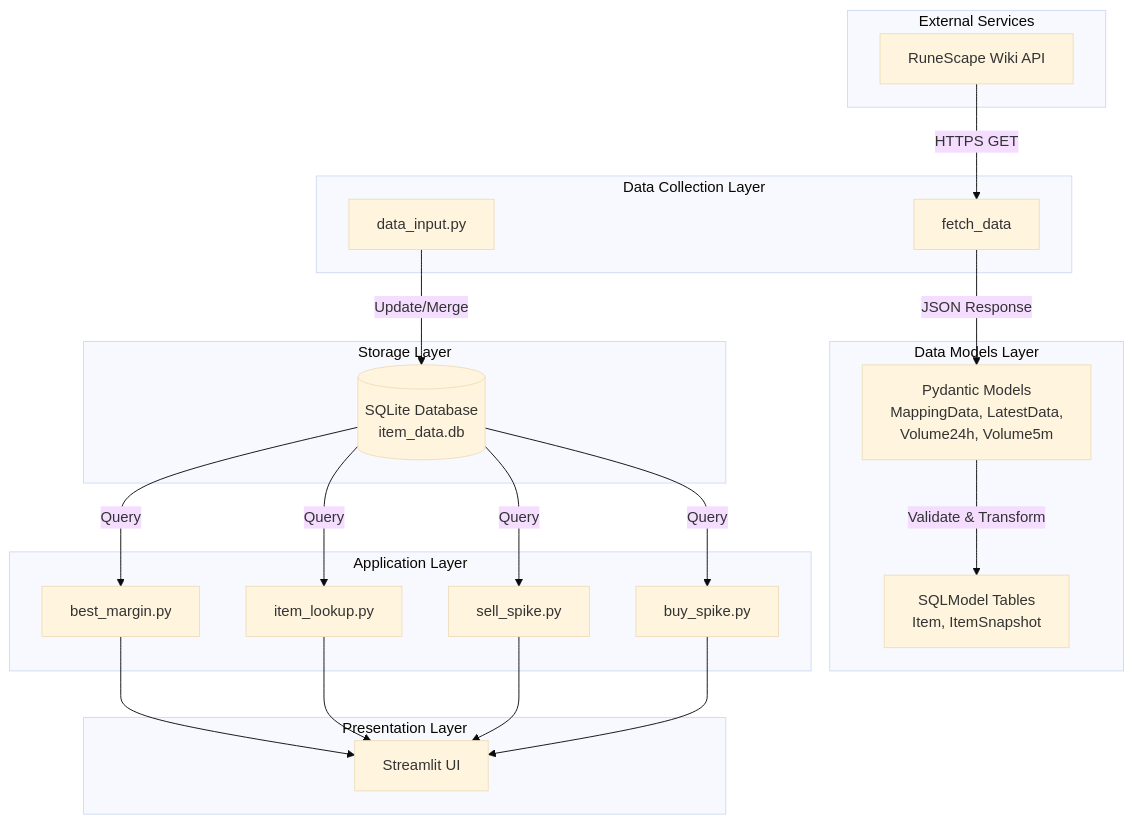
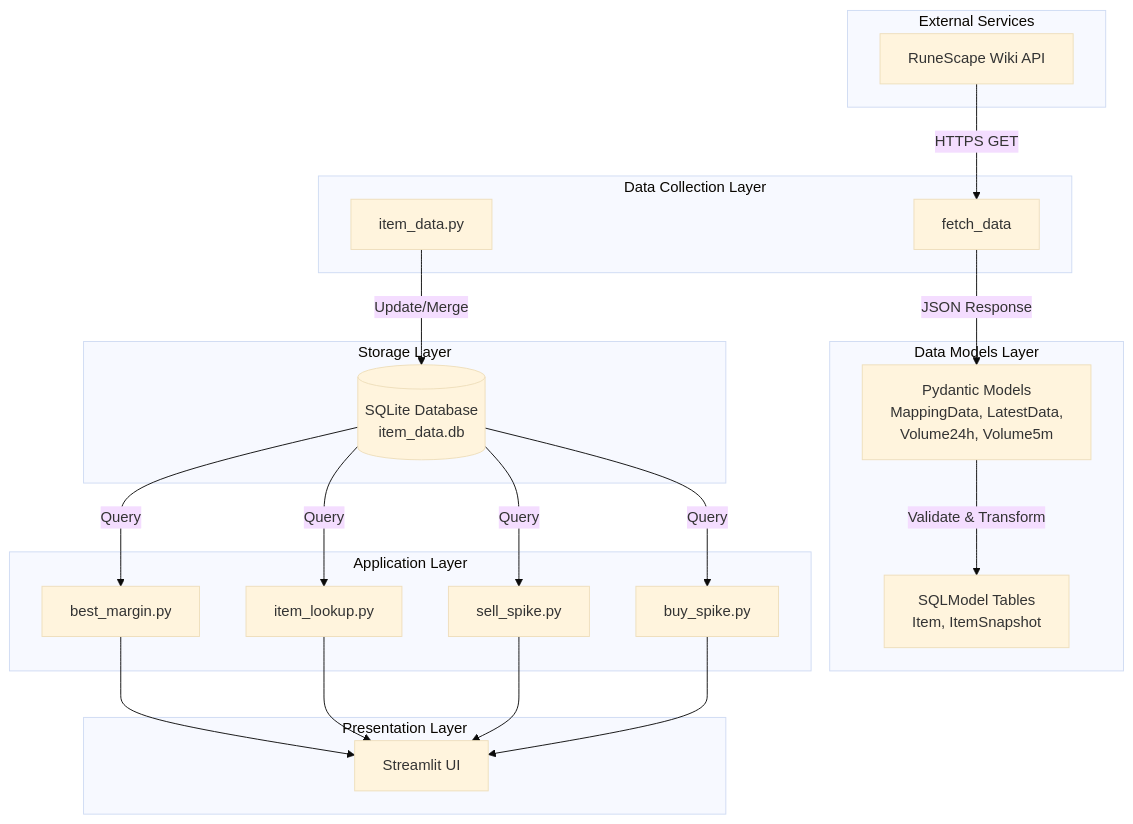
One commit to fisherrjd/osrs_ge changed the first of 3 diagrams in .sop/summary/architecture.md. Above: the diagram before and after it, drawn with Mermaid (base theme). The commit also changed other lines of this file and 34 other files, not shown here.

Commit message:
migrate aggregator -> backend and data_input.py -> item_data.py

````diff
--- a/.sop/summary/architecture.md
+++ b/.sop/summary/architecture.md
@@ -8,44 +8,44 @@
 ```mermaid
 graph TB
     subgraph "External Services"
         API[RuneScape Wiki API]
     end
 
     subgraph "Data Collection Layer"
-        DI[data_input.py]
+        DI[item_data.py]
         FD[fetch_data]
     end
 
     subgraph "Data Models Layer"
         PM[Pydantic Models<br/>MappingData, LatestData,<br/>Volume24h, Volume5m]
         SM[SQLModel Tables<br/>Item, ItemSnapshot]
     end
 
     subgraph "Storage Layer"
         DB[(SQLite Database<br/>item_data.db)]
     end
 
     subgraph "Application Layer"
         BM[best_margin.py]
         IL[item_lookup.py]
         SS[sell_spike.py]
         BS[buy_spike.py]
     end
 
     subgraph "Presentation Layer"
         ST[Streamlit UI]
     end
 
     API -->|HTTPS GET| FD
     FD -->|JSON Response| PM
     PM -->|Validate & Transform| SM
     DI -->|Update/Merge| DB
     DB -->|Query| BM
     DB -->|Query| IL
     DB -->|Query| SS
     DB -->|Query| BS
     BM --> ST
     IL --> ST
     SS --> ST
     BS --> ST
 ```
````
